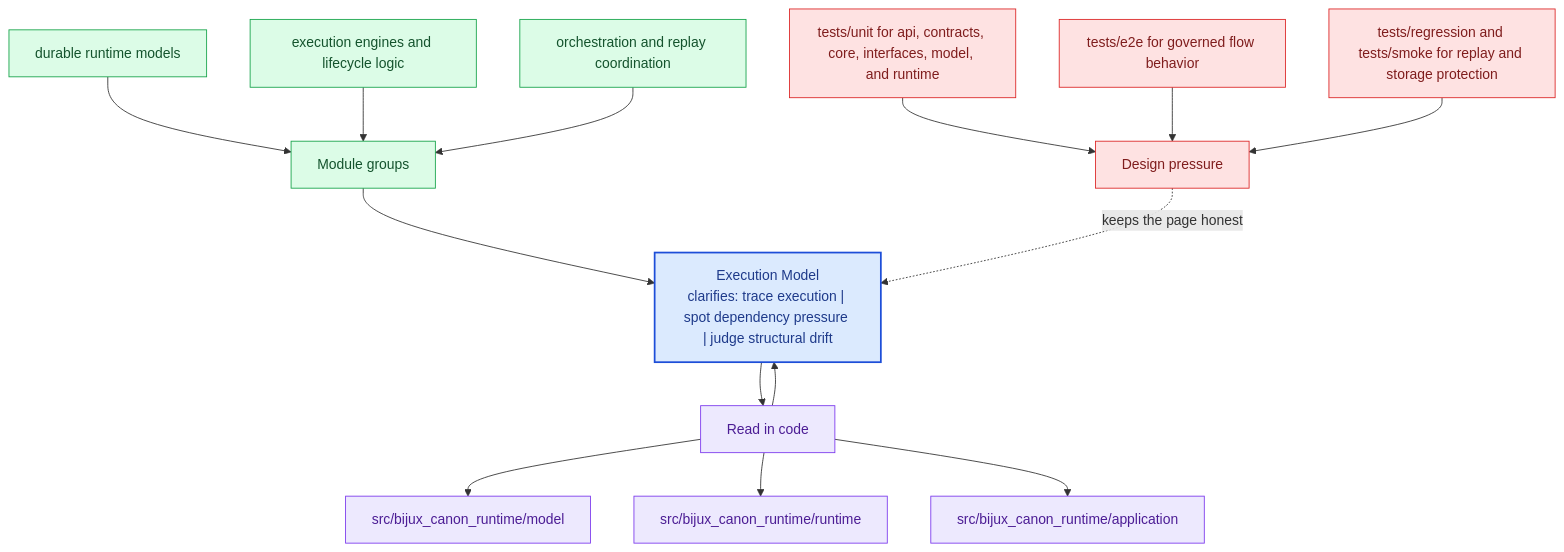
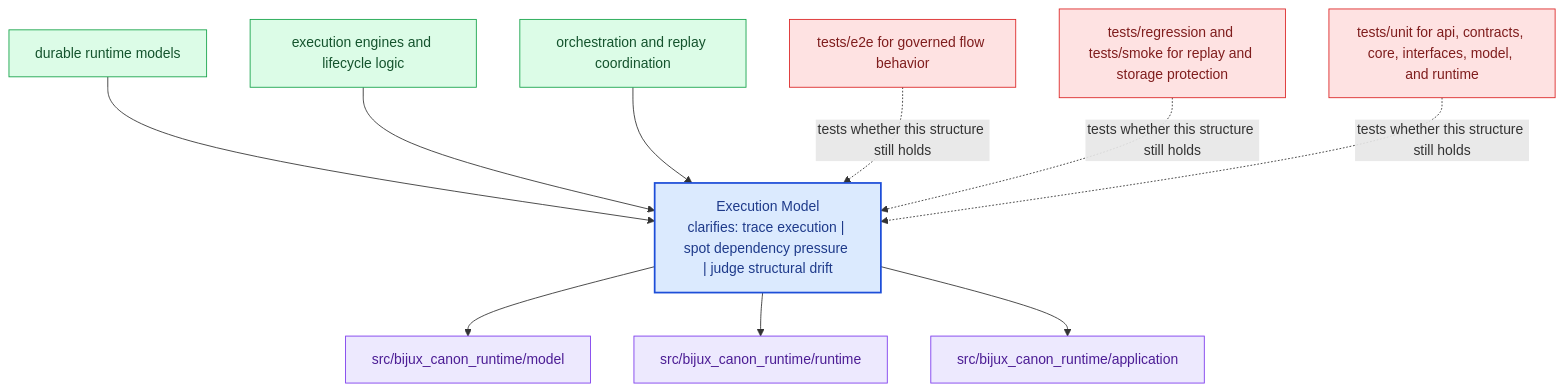
Before and after one commit to bijux/bijux-canon: the diagram in docs/bijux-canon-runtime/architecture/execution-model.md, drawn with Mermaid. The commit also changed other lines of this file and 281 other files, not shown here.

Commit message:
docs(diagrams): replace repeated mermaid scaffolds with page-specific summaries

````diff
--- a/docs/bijux-canon-runtime/architecture/execution-model.md
+++ b/docs/bijux-canon-runtime/architecture/execution-model.md
@@ -69,40 +24,31 @@
 ```mermaid
 flowchart TB
-    promise["Execution Model<br/>clarifies: trace execution | spot dependency pressure | judge structural drift"]
-    classDef promise fill:#dbeafe,stroke:#1d4ed8,color:#1e3a8a,stroke-width:2px;
-    classDef driver fill:#dcfce7,stroke:#16a34a,color:#14532d;
-    classDef constraint fill:#fee2e2,stroke:#dc2626,color:#7f1d1d;
-    classDef ground fill:#ede9fe,stroke:#7c3aed,color:#4c1d95;
-    focus1["Module groups"]
-    focus1 --> promise
-    focus1_1["durable runtime models"]
-    focus1_1 --> focus1
-    focus1_2["execution engines and lifecycle logic"]
-    focus1_2 --> focus1
-    focus1_3["orchestration and replay coordination"]
-    focus1_3 --> focus1
-    class focus1 driver;
-    class focus1_1,focus1_2,focus1_3 driver;
-    focus2["Read in code"]
-    focus2 --> promise
-    promise --> focus2
-    focus2_1["src/bijux_canon_runtime/model"]
-    focus2 --> focus2_1
-    focus2_2["src/bijux_canon_runtime/runtime"]
-    focus2 --> focus2_2
-    focus2_3["src/bijux_canon_runtime/application"]
-    focus2 --> focus2_3
-    class focus2 ground;
-    class focus2_1,focus2_2,focus2_3 ground;
-    focus3["Design pressure"]
-    focus3 -.keeps the page honest.-> promise
-    focus3_1["tests/unit for api, contracts, core, interfaces, model, and runtime"]
-    focus3_1 --> focus3
-    focus3_2["tests/e2e for governed flow behavior"]
-    focus3_2 --> focus3
-    focus3_3["tests/regression and tests/smoke for replay and storage protection"]
-    focus3_3 --> focus3
-    class focus3 constraint;
-    class focus3_1,focus3_2,focus3_3 constraint;
-    class promise promise;
+    page["Execution Model<br/>clarifies: trace execution | spot dependency pressure | judge structural drift"]
+    classDef page fill:#dbeafe,stroke:#1d4ed8,color:#1e3a8a,stroke-width:2px;
+    classDef positive fill:#dcfce7,stroke:#16a34a,color:#14532d;
+    classDef caution fill:#fee2e2,stroke:#dc2626,color:#7f1d1d;
+    classDef anchor fill:#ede9fe,stroke:#7c3aed,color:#4c1d95;
+    classDef action fill:#fef3c7,stroke:#d97706,color:#7c2d12;
+    module1["durable runtime models"]
+    module1 --> page
+    module2["execution engines and lifecycle logic"]
+    module2 --> page
+    module3["orchestration and replay coordination"]
+    module3 --> page
+    code1["src/bijux_canon_runtime/model"]
+    page --> code1
+    code2["src/bijux_canon_runtime/runtime"]
+    page --> code2
+    code3["src/bijux_canon_runtime/application"]
+    page --> code3
+    pressure1["tests/e2e for governed flow behavior"]
+    pressure1 -.tests whether this structure still holds.-> page
+    pressure2["tests/regression and tests/smoke for replay and storage protection"]
+    pressure2 -.tests whether this structure still holds.-> page
+    pressure3["tests/unit for api, contracts, core, interfaces, model, and runtime"]
+    pressure3 -.tests whether this structure still holds.-> page
+    class page page;
+    class module1,module2,module3 positive;
+    class code1,code2,code3 anchor;
+    class pressure1,pressure2,pressure3 caution;
 ```
````
